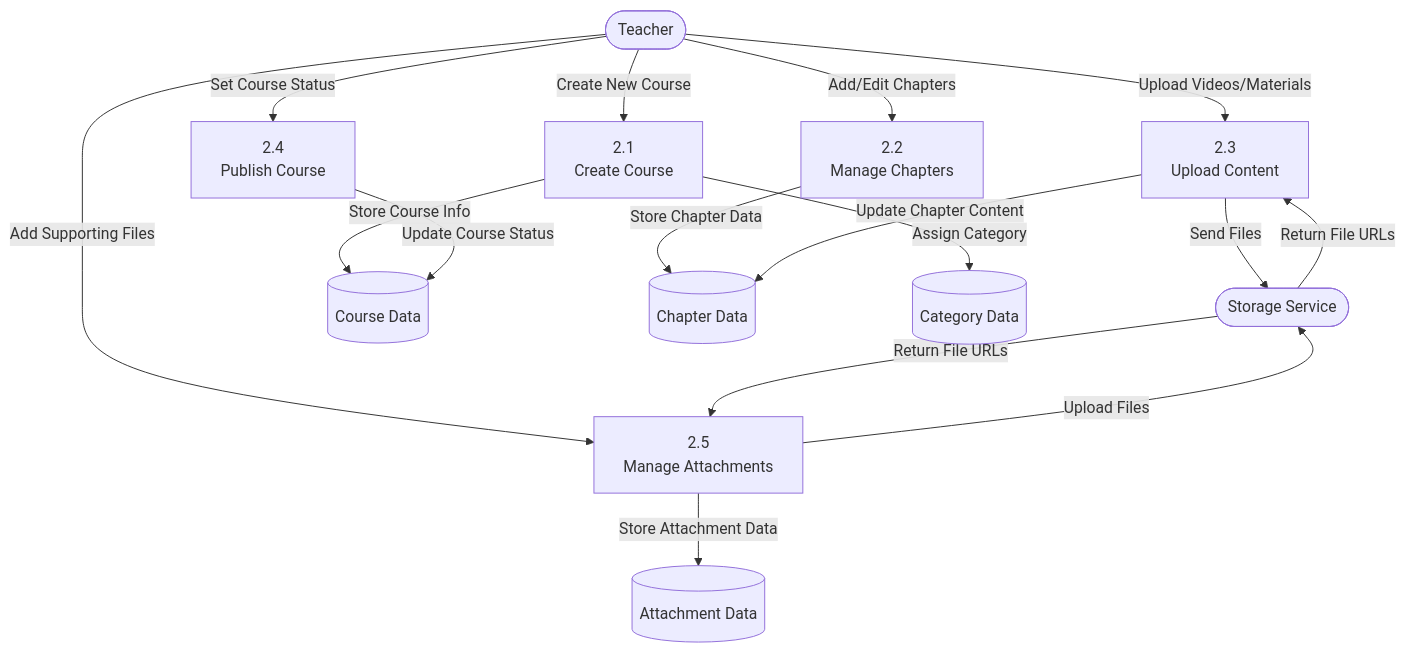
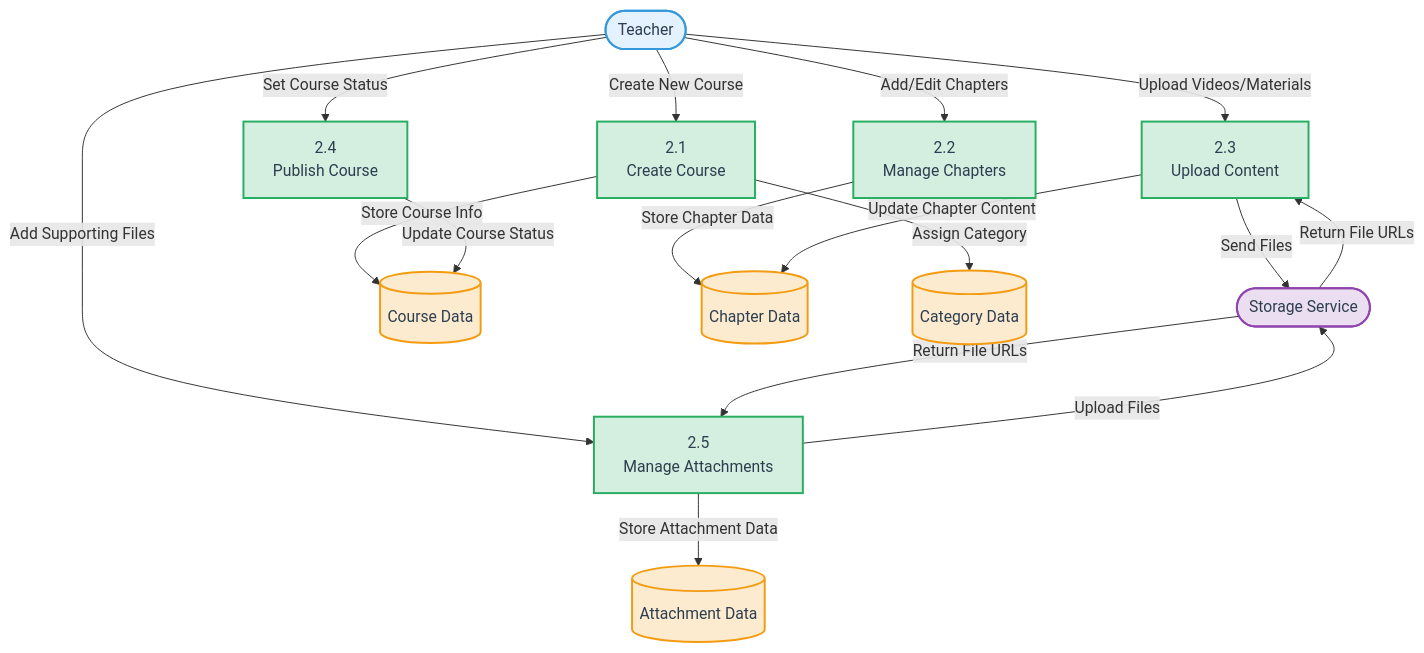
One commit to angel7544/lms_MajorProject_2025 changed the third of 5 diagrams in DFD.md. Above: the diagram before and after it, drawn with Mermaid. The commit also changed other lines of this file, not shown here.

````diff
--- a/DFD.md
+++ b/DFD.md
@@ -113,40 +145,56 @@
 ```mermaid
 flowchart TD
+    %% Define styles for better printing
+    classDef entity fill:#e4f1fe,stroke:#3498db,stroke-width:2px,color:#2c3e50
+    classDef process fill:#d4efdf,stroke:#27ae60,stroke-width:2px,color:#2c3e50
+    classDef store fill:#fdebd0,stroke:#f39c12,stroke-width:2px,color:#2c3e50
+    classDef external fill:#ebdef0,stroke:#8e44ad,stroke-width:2px,color:#2c3e50
+    
     %% External Entities
-    Teacher([Teacher])
-    Storage([Storage Service])
+    Teacher([Teacher]):::entity
+    Storage([Storage Service]):::external
     
     %% Processes
-    CreateCourse[2.1\nCreate Course]
-    ManageChapters[2.2\nManage Chapters]
-    UploadContent[2.3\nUpload Content]
-    PublishCourse[2.4\nPublish Course]
-    ManageAttachments[2.5\nManage Attachments]
+    CreateCourse[2.1<br>Create Course]:::process
+    ManageChapters[2.2<br>Manage Chapters]:::process
+    UploadContent[2.3<br>Upload Content]:::process
+    PublishCourse[2.4<br>Publish Course]:::process
+    ManageAttachments[2.5<br>Manage Attachments]:::process
     
     %% Data Stores
-    CourseStore[(Course Data)]
-    ChapterStore[(Chapter Data)]
-    AttachmentStore[(Attachment Data)]
-    CategoryStore[(Category Data)]
+    CourseStore[(Course Data)]:::store
+    ChapterStore[(Chapter Data)]:::store
+    AttachmentStore[(Attachment Data)]:::store
+    CategoryStore[(Category Data)]:::store
     
-    %% Flows
+    %% Course creation flows
     Teacher -->|Create New Course| CreateCourse
     CreateCourse -->|Store Course Info| CourseStore
     CreateCourse -->|Assign Category| CategoryStore
     
+    %% Chapter management flows
     Teacher -->|Add/Edit Chapters| ManageChapters
     ManageChapters -->|Store Chapter Data| ChapterStore
     
+    %% Content upload flows
     Teacher -->|Upload Videos/Materials| UploadContent
     UploadContent -->|Send Files| Storage
     Storage -->|Return File URLs| UploadContent
     UploadContent -->|Update Chapter Content| ChapterStore
     
+    %% Attachment management flows
     Teacher -->|Add Supporting Files| ManageAttachments
     ManageAttachments -->|Upload Files| Storage
     Storage -->|Return File URLs| ManageAttachments
     ManageAttachments -->|Store Attachment Data| AttachmentStore
     
+    %% Publishing flows
     Teacher -->|Set Course Status| PublishCourse
     PublishCourse -->|Update Course Status| CourseStore
+    
+    %% Define diagram title and caption
+    subgraph DFD2A[" "]
+        direction TB
+        style DFD2A fill:none,stroke:none
+    end
 ```
````
